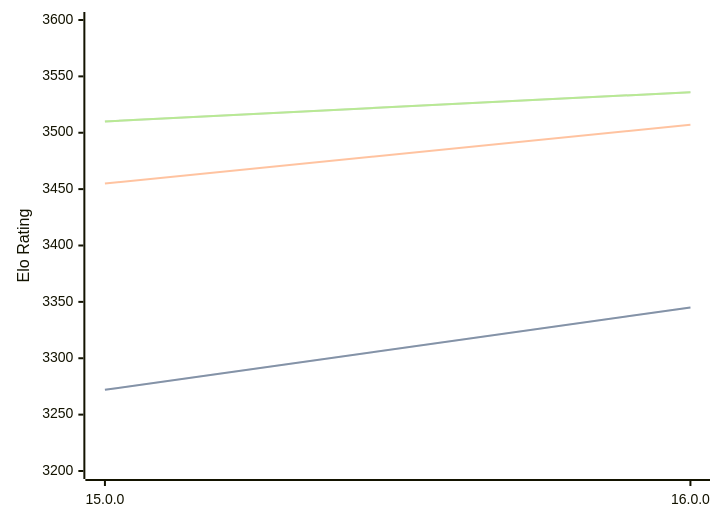
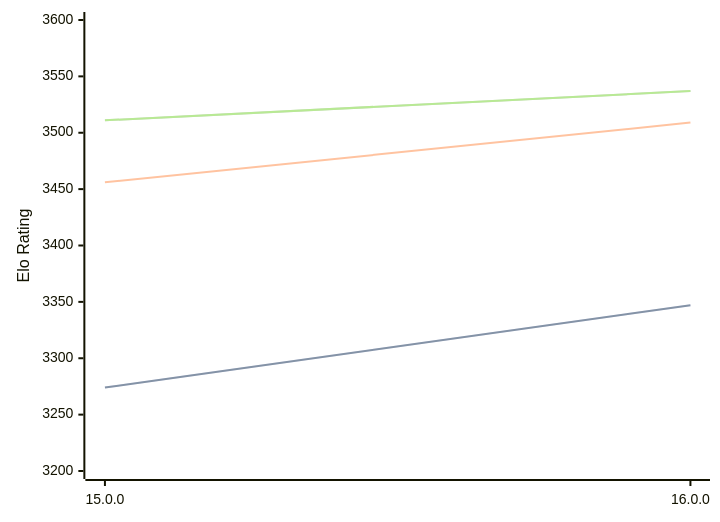
One commit to computer-chess-index/cci changed the third of 3 diagrams in engines/Halogen.md. Above: the diagram before and after it, drawn with Mermaid. The commit also changed other lines of this file, not shown here.

Commit message:
Update CCI Ratings (ELO VLTC) - 2026-06-23

````diff
--- a/engines/Halogen.md
+++ b/engines/Halogen.md
@@ -83,11 +83,11 @@
 ```mermaid
 %%{init: {"theme":"base","themeVariables":{"seriesColors:['#a3a3a3','#222221','#faa371']}}}%%
 xychart-beta
   x-axis ["15.0.0", "16.0.0"]
   y-axis "Elo Rating" 3200 --> 3600
-  line "STC (8.0+0.08s)" [3272, 3345]
-  line "STC (8.0+0.08s)" [3272, 3345]
-  line "LTC (60.0+0.60s)" [3455, 3507]
-  line "VLTC (2m24s+1.12s)" [3510, 3536]
-  line "VLTC (2m24s+1.12s)" [3510, 3536]
+  line "STC (8.0+0.08s)" [3274, 3347]
+  line "STC (8.0+0.08s)" [3274, 3347]
+  line "LTC (60.0+0.60s)" [3456, 3509]
+  line "VLTC (2m24s+1.12s)" [3511, 3537]
+  line "VLTC (2m24s+1.12s)" [3511, 3537]
 ```
````
